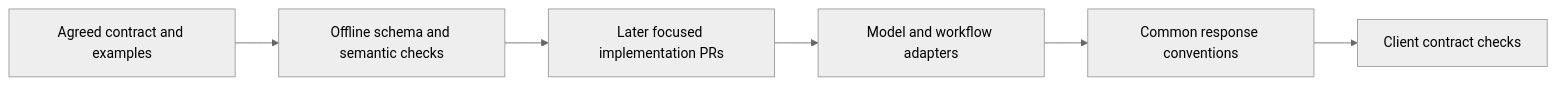
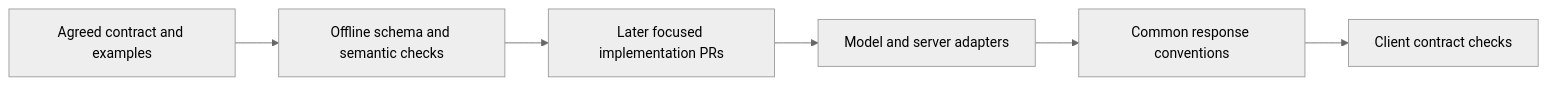
One commit to roboflow/inference changed the second of 2 diagrams in plans/v2-api/01-shared-contract.md. Above: the diagram before and after it, drawn with Mermaid (neutral theme). The commit also changed other lines of this file, not shown here.

````diff
--- a/plans/v2-api/01-shared-contract.md
+++ b/plans/v2-api/01-shared-contract.md
@@ -71,8 +73,8 @@
 ```mermaid
 flowchart LR
     A[Agreed contract and examples] --> B[Offline schema and semantic checks]
     B --> C[Later focused implementation PRs]
-    C --> D[Model and workflow adapters]
+    C --> D[Model and server adapters]
     D --> E[Common response conventions]
     E --> F[Client contract checks]
 ```
````
